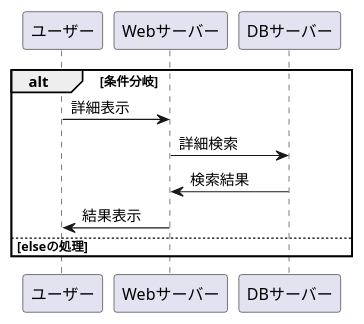
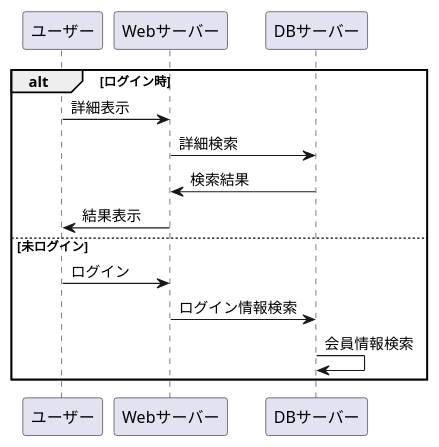
The diagram in sample2.md (Aso2001409/2021sys-design), drawn with PlantUML before and after one commit. The commit also changed other lines of this file, not shown here.

````diff
--- a/sample2.md
+++ b/sample2.md
@@ -2,14 +2,17 @@
 ```uml
 @startuml
 
 
-alt 条件分岐
+alt ログイン時
 ユーザー -> Webサーバー :詳細表示
 Webサーバー -> DBサーバー :詳細検索
 DBサーバー -> Webサーバー :検索結果
 Webサーバー -> ユーザー :結果表示
-else elseの処理
+else 未ログイン
+ユーザー -> Webサーバー :ログイン
+Webサーバー -> DBサーバー :ログイン情報検索
+DBサーバー -> DBサーバー :会員情報検索
 
 end
 @enduml
 ```
````
